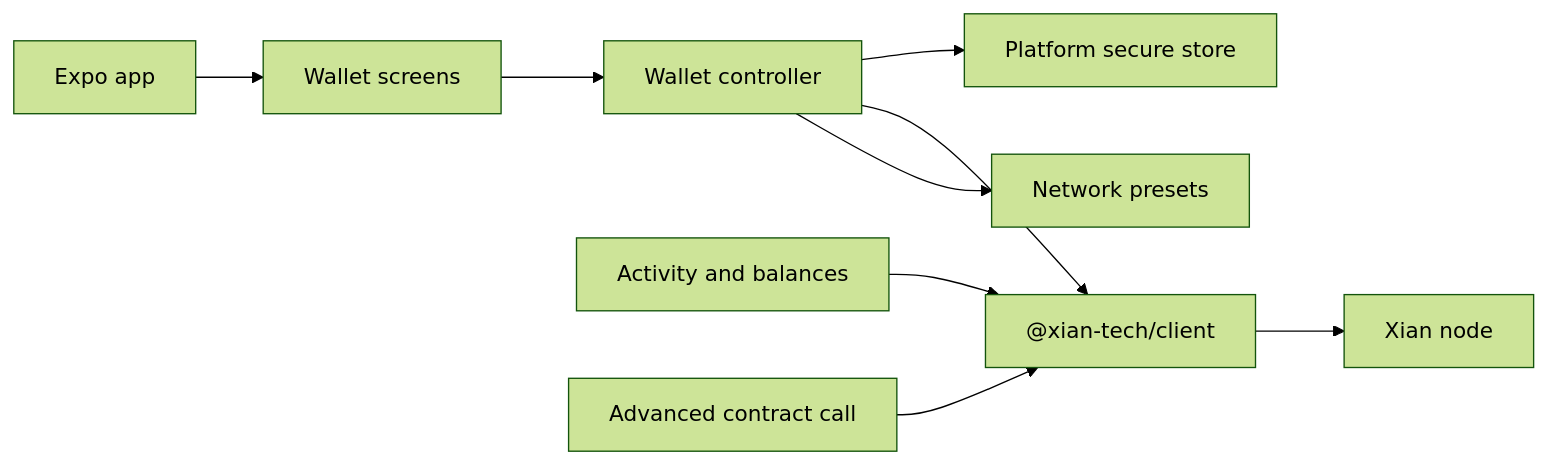
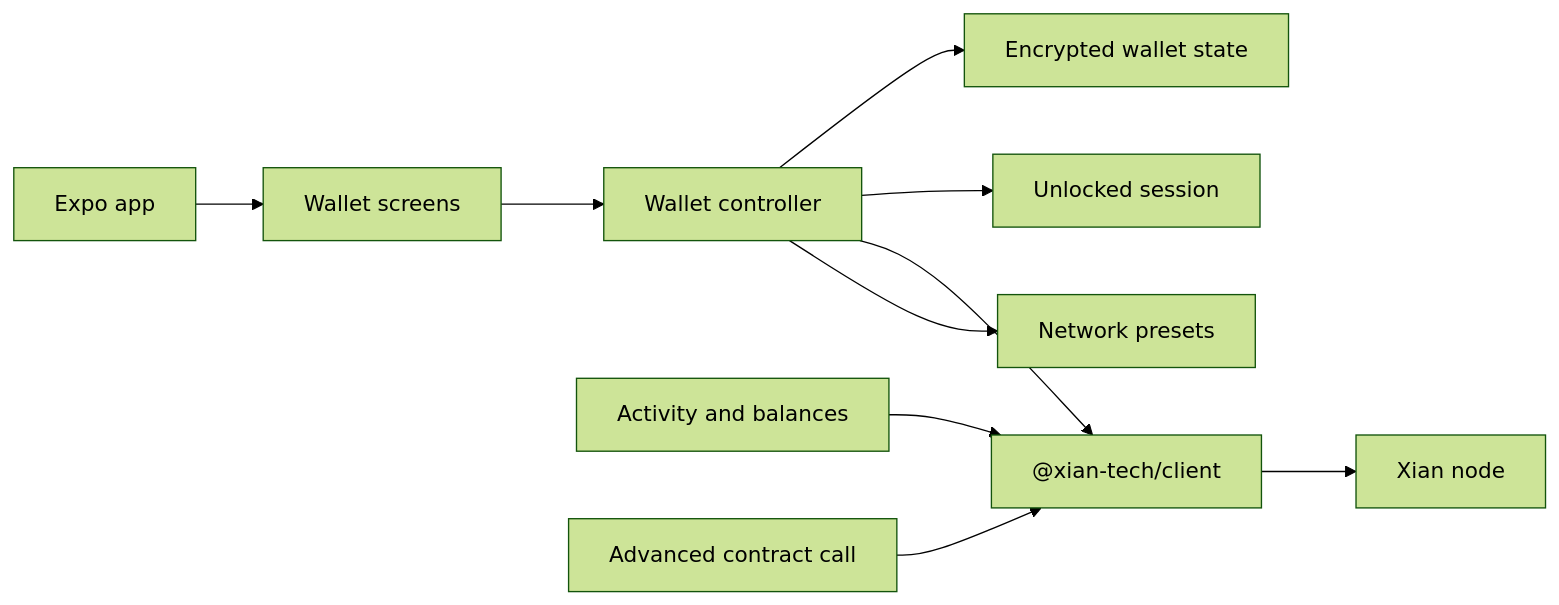
Before and after one commit to xian-technology/xian-wallet-mobile: the diagram in README.md, drawn with Mermaid (forest theme). The commit also changed other lines of this file and 55 other files, not shown here.

````diff
--- a/README.md
+++ b/README.md
@@ -14,11 +14,12 @@
 ```mermaid
 flowchart LR
   App["Expo app"] --> Screens["Wallet screens"]
   Screens --> Controller["Wallet controller"]
-  Controller --> SecureStore["Platform secure store"]
+  Controller --> AsyncStorage["Encrypted wallet state"]
+  Controller --> SecureStore["Unlocked session"]
   Controller --> Client["@xian-tech/client"]
   Client --> Node["Xian node"]
   Controller --> NetworkPresets["Network presets"]
   Activity["Activity and balances"] --> Client
   AdvancedTx["Advanced contract call"] --> Client
 ```
````
